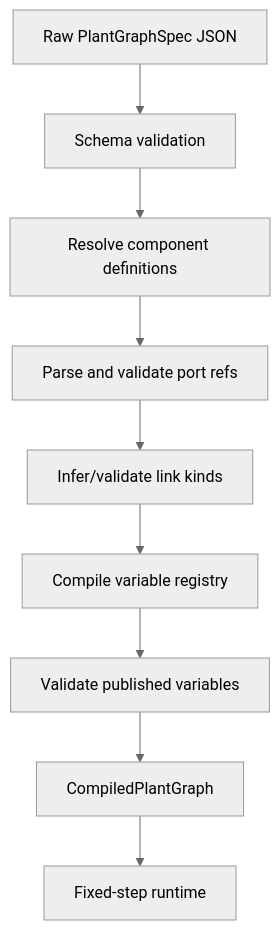
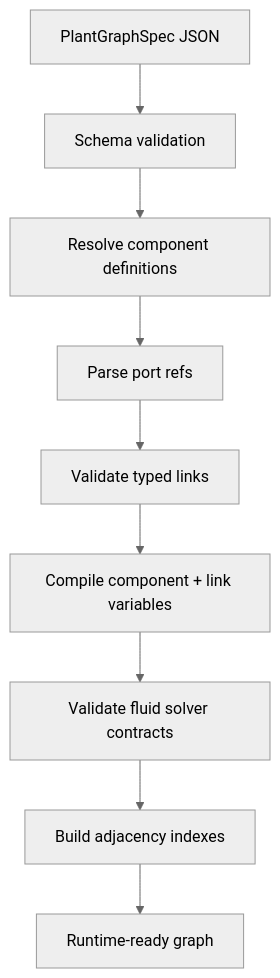
The second of 2 diagrams in wiki/domains/process-plant.md (samsinn-wikis/leitbild), drawn with Mermaid (neutral theme) before and after one commit. The commit also changed other lines of this file and 3 other files, not shown here.

````diff
--- a/wiki/domains/process-plant.md
+++ b/wiki/domains/process-plant.md
@@ -279,11 +88,11 @@
 ```mermaid
 flowchart TD
-  Raw["Raw PlantGraphSpec JSON"] --> Schema["Schema validation"]
-  Schema --> Registry["Resolve component definitions"]
-  Registry --> Ports["Parse and validate port refs"]
-  Ports --> Kinds["Infer/validate link kinds"]
-  Kinds --> Variables["Compile variable registry"]
-  Variables --> Published["Validate published variables"]
-  Published --> Graph["CompiledPlantGraph"]
-  Graph --> Runtime["Fixed-step runtime"]
+  Raw["PlantGraphSpec JSON"] --> Schema["Schema validation"]
+  Schema --> Components["Resolve component definitions"]
+  Components --> Ports["Parse port refs"]
+  Ports --> Links["Validate typed links"]
+  Links --> Variables["Compile component + link variables"]
+  Variables --> Contracts["Validate fluid solver contracts"]
+  Contracts --> Indexes["Build adjacency indexes"]
+  Indexes --> Runtime["Runtime-ready graph"]
 ```
````
